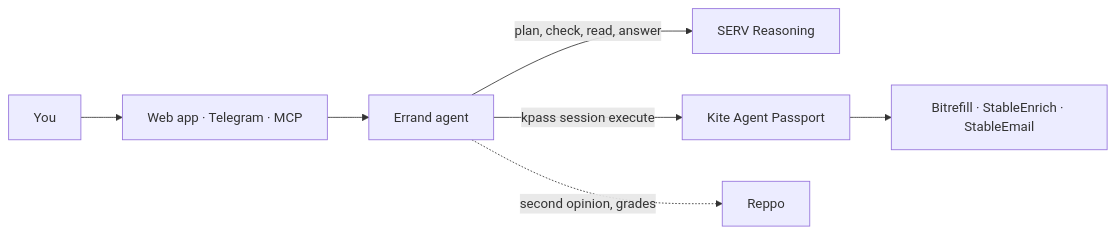
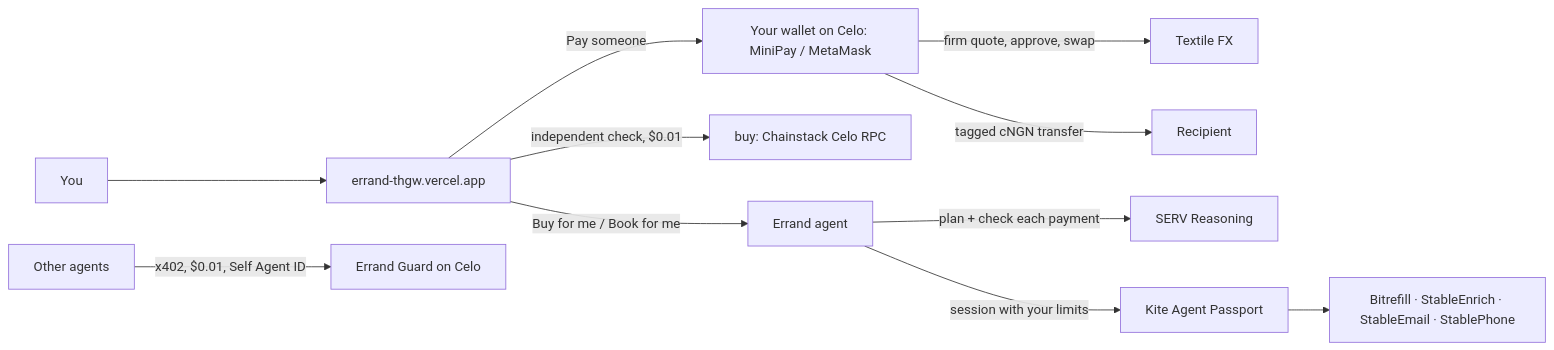
The diagram in README.md (softalpha0/Errand), drawn with Mermaid before and after one commit. The commit also changed other lines of this file and 6 other files, not shown here.

Commit message:
feat(web): one Errand site with Pay someone, Buy for me and Book for me, story timeline, redirect from errand-pearl, new README

````diff
--- a/README.md
+++ b/README.md
@@ -100,7 +105,12 @@
 ```mermaid
 flowchart LR
-  U[You] --> W[Web app · Telegram · MCP] --> A[Errand agent]
-  A -->|plan, check, read, answer| S[SERV Reasoning]
-  A -->|kpass session execute| K[Kite Agent Passport] --> Sellers[Bitrefill · StableEnrich · StableEmail]
-  A -.->|second opinion, grades| R[Reppo]
+  U[You] --> W[errand-thgw.vercel.app]
+  W -->|Pay someone| C[Your wallet on Celo: MiniPay / MetaMask]
+  C -->|firm quote, approve, swap| T[Textile FX]
+  C -->|tagged cNGN transfer| R[Recipient]
+  W -->|independent check, $0.01| B[buy: Chainstack Celo RPC]
+  W -->|Buy for me / Book for me| A[Errand agent]
+  A -->|plan + check each payment| S[SERV Reasoning]
+  A -->|session with your limits| K[Kite Agent Passport] --> Sellers[Bitrefill · StableEnrich · StableEmail · StablePhone]
+  O[Other agents] -->|x402, $0.01, Self Agent ID| G[Errand Guard on Celo]
 ```
````
